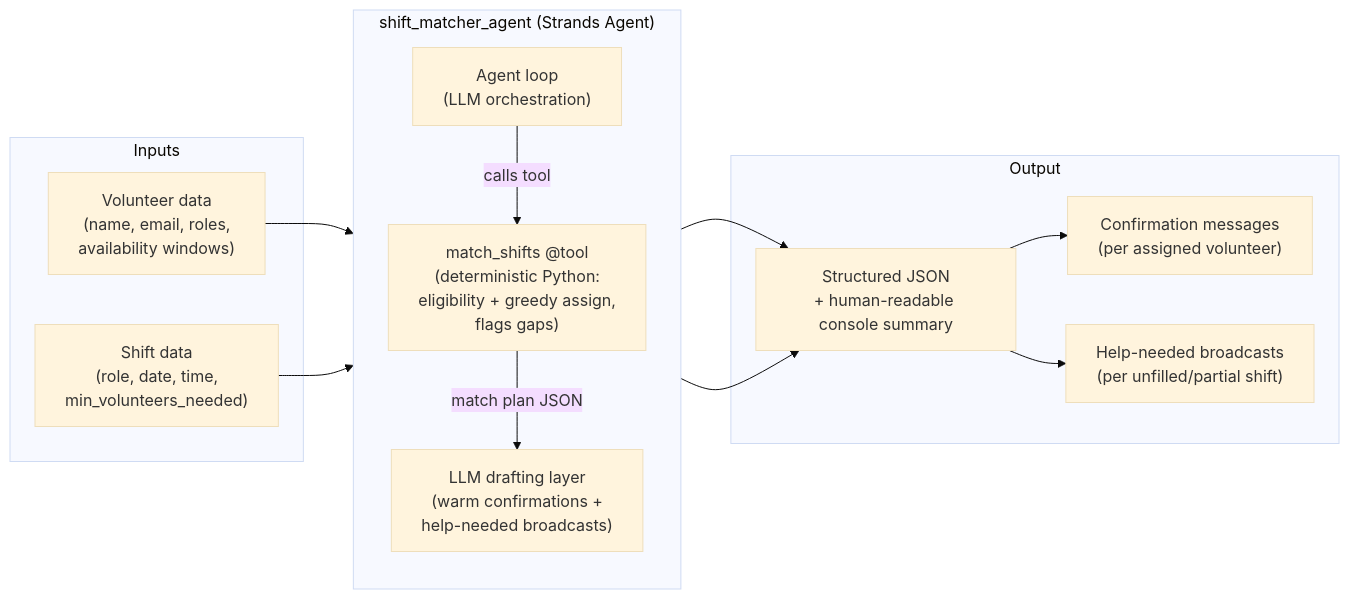
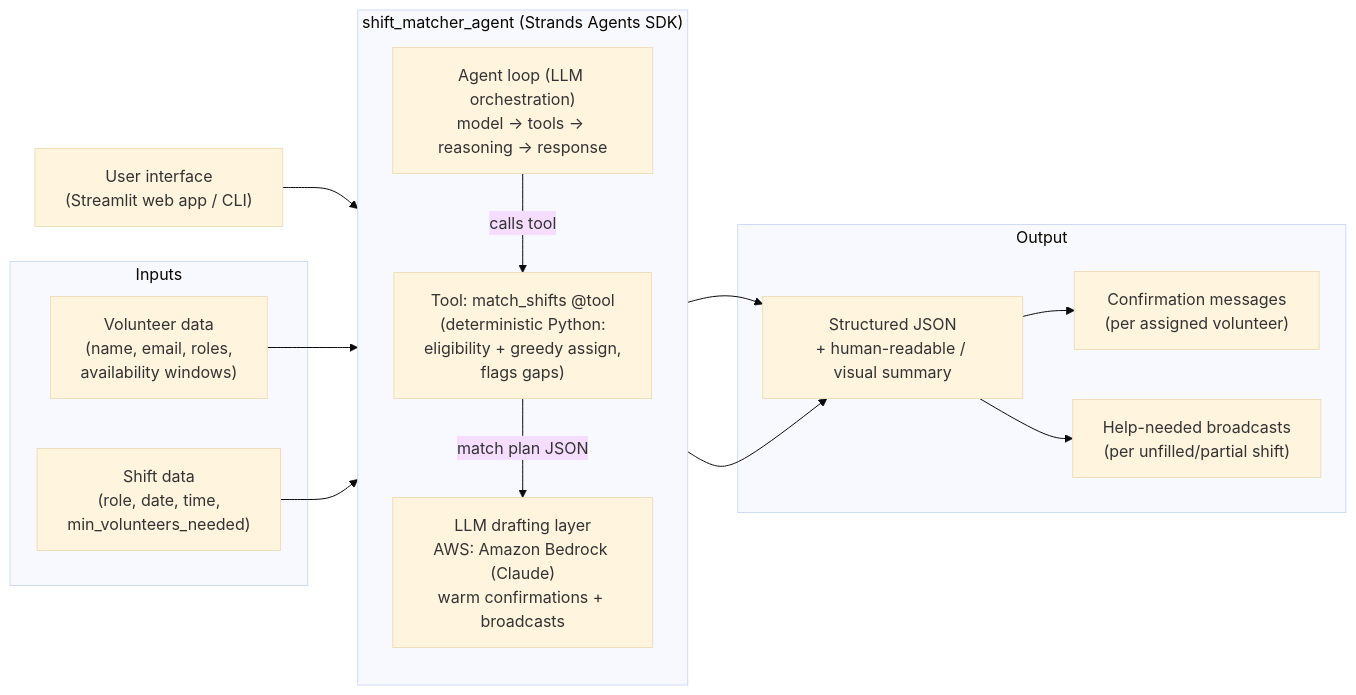
Before and after one commit to MakendranG/volunteer-shift-matcher: the diagram in ARCHITECTURE.md, drawn with Mermaid (base theme). The commit also changed other lines of this file and 5 other files, not shown here.

Commit message:
docs: align with hackathon FAQ — diagram now shows UI + tools + AWS + output; gitignore rules file; sharpen AI-disclosure & data-privacy notes

````diff
--- a/ARCHITECTURE.md
+++ b/ARCHITECTURE.md
@@ -13,25 +19,28 @@
 ```mermaid
 flowchart LR
+    UI["User interface<br/>(Streamlit web app / CLI)"]
+
     subgraph Inputs
         V["Volunteer data<br/>(name, email, roles,<br/>availability windows)"]
         S["Shift data<br/>(role, date, time,<br/>min_volunteers_needed)"]
     end
 
+    UI --> AG
     V --> AG
     S --> AG
 
-    subgraph Agent["shift_matcher_agent (Strands Agent)"]
+    subgraph Agent["shift_matcher_agent (Strands Agents SDK)"]
         direction TB
-        AG["Agent loop<br/>(LLM orchestration)"] -->|calls tool| T["match_shifts @tool<br/>(deterministic Python:<br/>eligibility + greedy assign,<br/>flags gaps)"]
-        T -->|match plan JSON| DRAFT["LLM drafting layer<br/>(warm confirmations +<br/>help-needed broadcasts)"]
+        AG["Agent loop (LLM orchestration)<br/>model → tools → reasoning → response"] -->|calls tool| T["Tool: match_shifts @tool<br/>(deterministic Python:<br/>eligibility + greedy assign,<br/>flags gaps)"]
+        T -->|match plan JSON| DRAFT["LLM drafting layer<br/>AWS: Amazon Bedrock (Claude)<br/>warm confirmations + broadcasts"]
     end
 
     AG --> OUT
     DRAFT --> OUT
 
     subgraph Output
-        OUT["Structured JSON<br/>+ human-readable console summary"]
+        OUT["Structured JSON<br/>+ human-readable / visual summary"]
         OUT --> C["Confirmation messages<br/>(per assigned volunteer)"]
         OUT --> B["Help-needed broadcasts<br/>(per unfilled/partial shift)"]
     end
 ```
````
